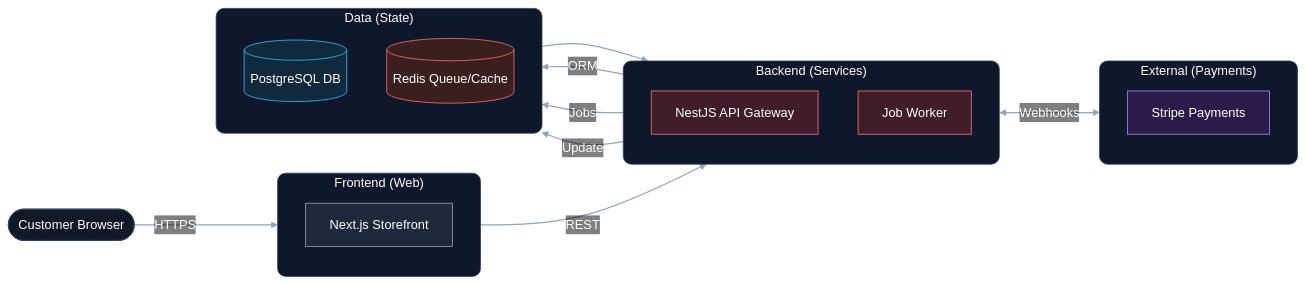
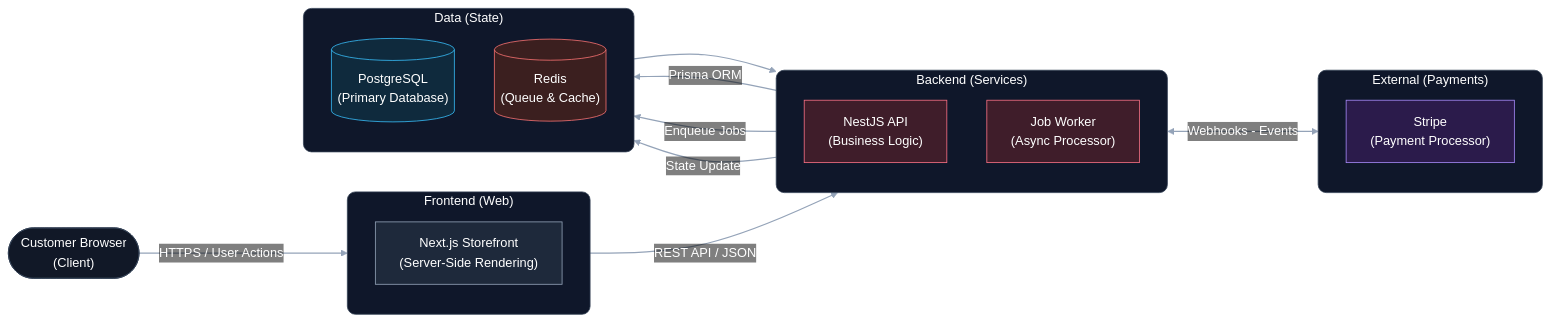
One commit to hua0-richard/gpu-store changed the diagram in README.md. Above: the diagram before and after it, drawn with Mermaid.

Commit message:
Diagram Second Pass

````diff
--- a/README.md
+++ b/README.md
@@ -37,53 +37,53 @@
 ```mermaid
 %%{init: {'theme': 'base', 'themeVariables': { 'fontFamily': 'IBM Plex Sans, system-ui, sans-serif', 'background': '#0b1020', 'mainBkg': '#0b1020', 'primaryTextColor': '#ffffff', 'textColor': '#ffffff', 'labelBackground': '#00000000', 'edgeLabelBackground': '#00000000', 'edgeLabelBorderColor': '#00000000', 'edgeLabelBorder': '#00000000', 'lineColor': '#94a3b8', 'clusterBkg': '#0b1020', 'clusterBorder': '#334155', 'clusterLabelColor': '#ffffff'}}}%%
 flowchart LR
-    User([Customer Browser])
+    User(["Customer Browser<br/>(Client)"])
 
     subgraph Frontend["Frontend (Web)"]
         direction TB
-        Web[Next.js Storefront]
+        Web["Next.js Storefront<br/>(Server-Side Rendering)"]
     end
 
     subgraph Backend["Backend (Services)"]
         direction TB
-        API[NestJS API Gateway]
-        Worker[Job Worker]
+        API["NestJS API<br/>(Business Logic)"]
+        Worker["Job Worker<br/>(Async Processor)"]
     end
 
     subgraph Data["Data (State)"]
         direction TB
-        DB[(PostgreSQL DB)]
-        Redis[(Redis Queue/Cache)]
+        DB[("PostgreSQL<br/>(Primary Database)")]
+        Redis[("Redis<br/>(Queue & Cache)")]
     end
 
     subgraph External["External (Payments)"]
         direction TB
-        Stripe[Stripe Payments]
+        Stripe["Stripe<br/>(Payment Processor)"]
     end
 
-    User -->|HTTPS| Web -->|REST| API
-    API -->|ORM| DB
-    API -->|Jobs| Redis --> Worker -->|Update| DB
-    API <-->|Webhooks| Stripe
+    User -->|HTTPS / User Actions| Web -->|REST API / JSON| API
+    API -->|Prisma ORM| DB
+    API -->|Enqueue Jobs| Redis --> Worker -->|State Update| DB
+    API <-->|Webhooks - Events| Stripe
 
     classDef neutral fill:#111827,stroke:#334155,color:#ffffff;
     classDef next fill:#1e293b,stroke:#94a3b8,color:#ffffff;
     classDef nest fill:#3f1d2a,stroke:#fb7185,color:#ffffff;
     classDef postgres fill:#0f2a3d,stroke:#38bdf8,color:#ffffff;
     classDef redis fill:#3b1f1f,stroke:#f87171,color:#ffffff;
     classDef stripe fill:#2b1b4b,stroke:#a78bfa,color:#ffffff;
 
     class User neutral;
     class Web next;
     class API,Worker nest;
     class DB postgres;
     class Redis redis;
     class Stripe stripe;
 
     style Frontend fill:#0f172a,stroke:#334155,color:#ffffff,stroke-width:1px,rx:10,ry:10
     style Backend fill:#0f172a,stroke:#334155,color:#ffffff,stroke-width:1px,rx:10,ry:10
     style Data fill:#0f172a,stroke:#334155,color:#ffffff,stroke-width:1px,rx:10,ry:10
     style External fill:#0f172a,stroke:#334155,color:#ffffff,stroke-width:1px,rx:10,ry:10
 
     linkStyle default stroke:#94a3b8,stroke-width:1.5px
 ```
````
